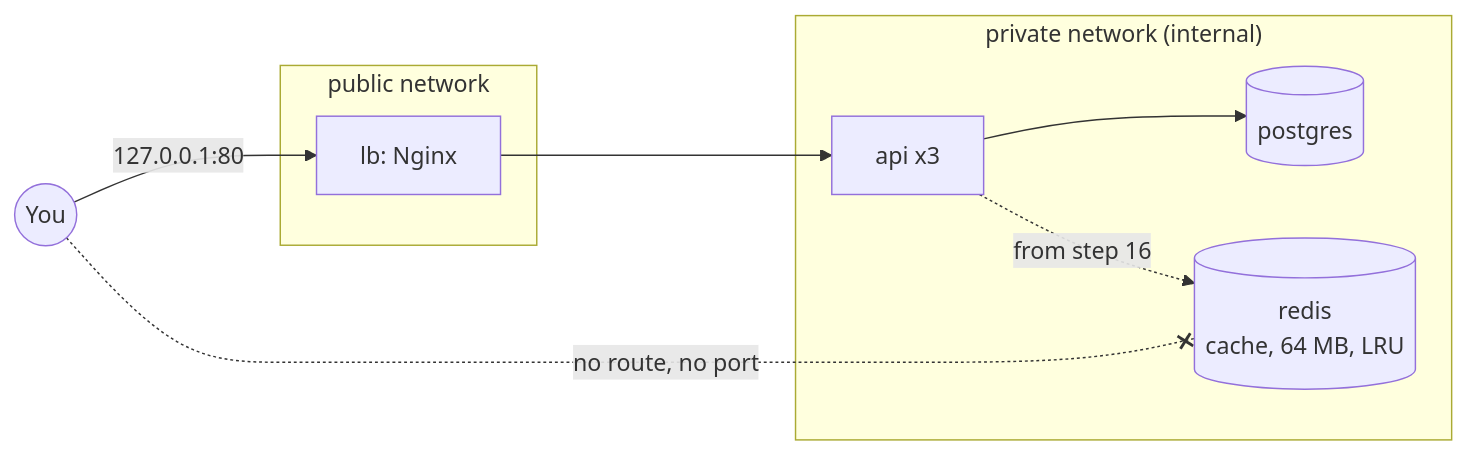
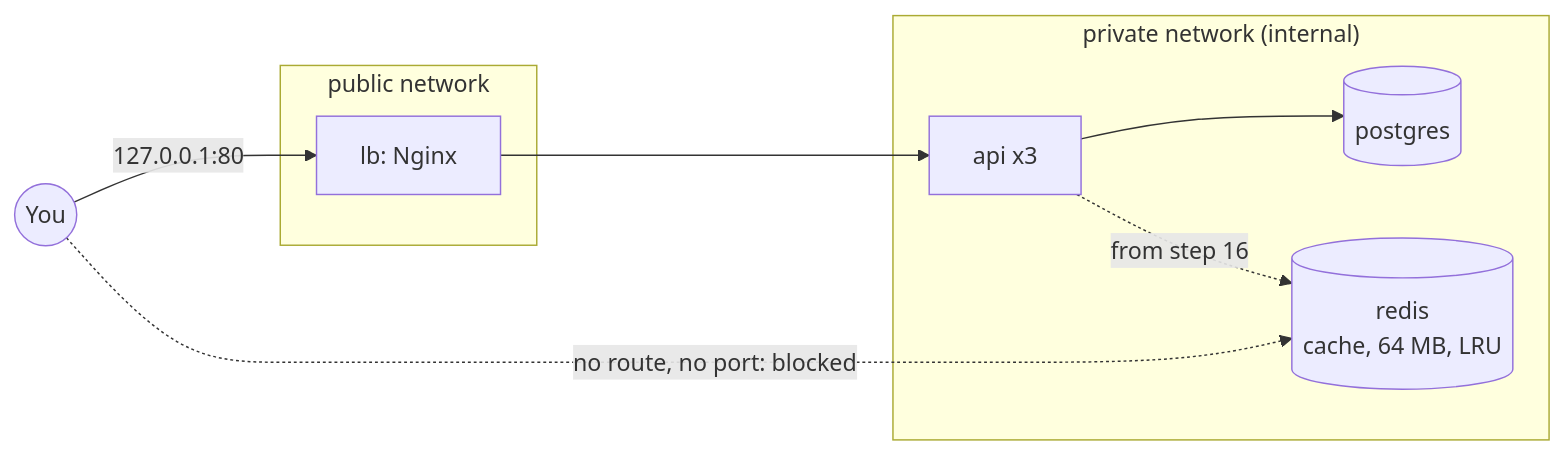
Before and after one commit to moncef2k/aws-local-lab: the diagram in docs/labs/05-caching.md, drawn with Mermaid. The commit also changed other lines of this file and 1 other file, not shown here.

Commit message:
AWSLAB-33 docs: lab 05 step 15 - fix review notes (diagram edge, wording)
Also changes the same dotted-cross edge in the Lab 04 diagram.

````diff
--- a/docs/labs/05-caching.md
+++ b/docs/labs/05-caching.md
@@ -59,16 +59,16 @@
 ```mermaid
 flowchart LR
   you((You)) -->|127.0.0.1:80| lb
   subgraph public["public network"]
     lb["lb: Nginx"]
   end
   subgraph private["private network (internal)"]
     api["api x3"]
     pg[("postgres")]
     redis[("redis<br/>cache, 64 MB, LRU")]
   end
   lb --> api
   api --> pg
   api -. "from step 16" .-> redis
-  you -. "no route, no port" .-x redis
+  you -. "no route, no port: blocked" .-> redis
 ```
````
